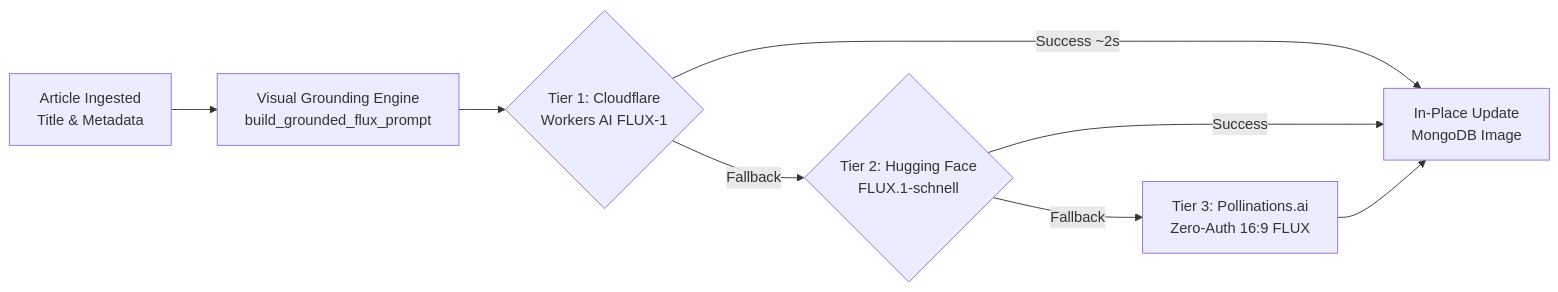
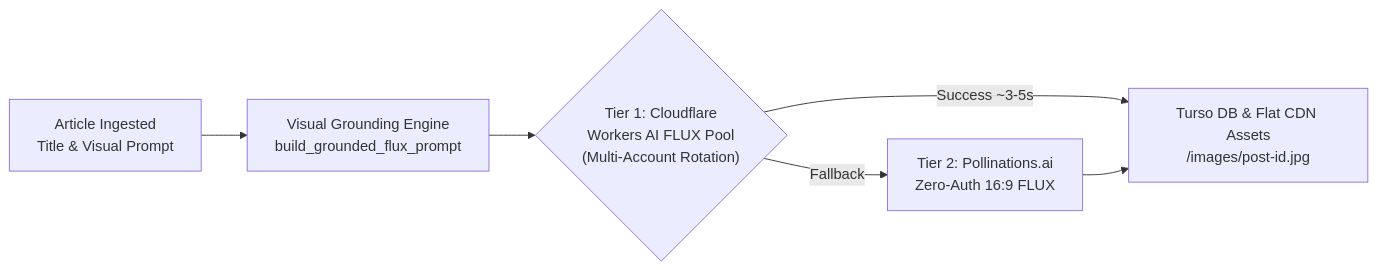
Before and after one commit to AnamolZ/lucid-trend: the second of 3 diagrams in README.md, drawn with Mermaid. The commit also changed other lines of this file and 2 other files, not shown here.

Commit message:
docs: update system overview, mechanism, and use guide with Turso DB and Cloudflare AI pool

````diff
--- a/README.md
+++ b/README.md
@@ -20,10 +21,8 @@
 ```mermaid
 flowchart LR
-    A["Article Ingested<br/>Title & Metadata"] --> B["Visual Grounding Engine<br/>build_grounded_flux_prompt"]
-    B --> C{"Tier 1: Cloudflare<br/>Workers AI FLUX-1"}
-    C -->|Success ~2s| F["In-Place Update<br/>MongoDB Image"]
-    C -->|Fallback| D{"Tier 2: Hugging Face<br/>FLUX.1-schnell"}
-    D -->|Success| F
-    D -->|Fallback| E["Tier 3: Pollinations.ai<br/>Zero-Auth 16:9 FLUX"]
-    E --> F
+    A["Article Ingested<br/>Title & Visual Prompt"] --> B["Visual Grounding Engine<br/>build_grounded_flux_prompt"]
+    B --> C{"Tier 1: Cloudflare<br/>Workers AI FLUX Pool<br/>(Multi-Account Rotation)"}
+    C -->|Success ~3-5s| E["Turso DB & Flat CDN Assets<br/>/images/post-id.jpg"]
+    C -->|Fallback| D["Tier 2: Pollinations.ai<br/>Zero-Auth 16:9 FLUX"]
+    D --> E
 ```
````
